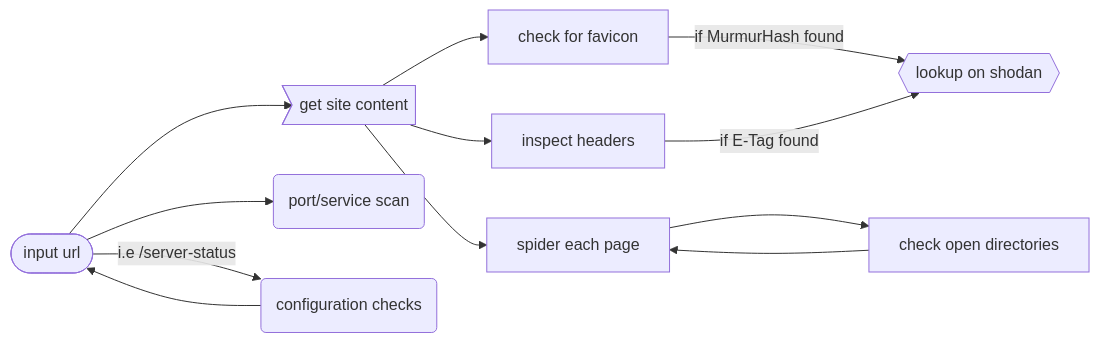
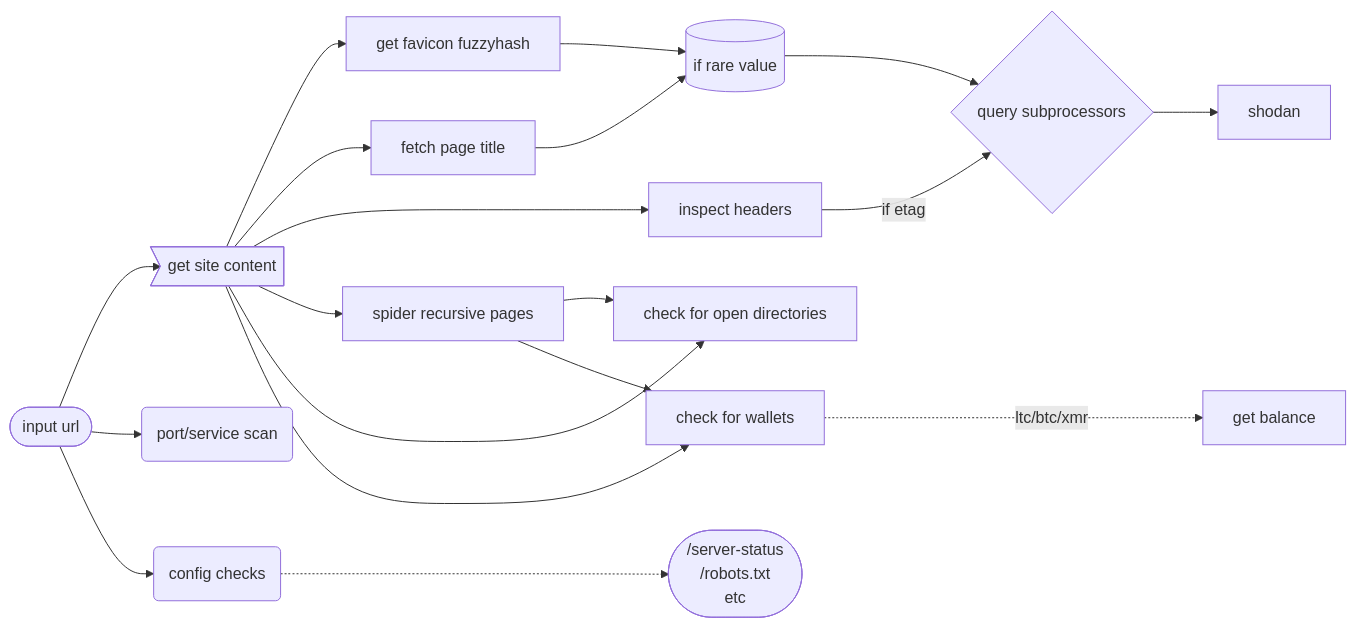
The diagram in README.md (joshhighet/bebop), drawn with Mermaid before and after one commit. The commit also changed other lines of this file, not shown here.

````diff
--- a/README.md
+++ b/README.md
@@ -11,14 +11,26 @@
 ```mermaid
 graph LR
+    lookupsaver[(if rare value)]
+    opndir[check for open directories]
+    cryptoc[check for wallets]
+    getbal[get balance]
+    checks([/server-status\n/robots.txt\netc])
     anchor([input url]) -->mainget>get site content]
     anchor --> scan(port/service scan)
-    anchor --> |i.e /server-status|checker(configuration checks)
-    checker --> anchor
-    mainget --> favicon[check for favicon]
-    favicon --> |if MurmurHash found| lookup{{lookup on shodan}}
+    anchor --> checker(config checks)
+    checker -..-> checks
+    mainget --> favicon[get favicon fuzzyhash]
+    favicon --> lookupsaver
+    mainget --> title[fetch page title]
+    title --> lookupsaver
     mainget --> headers[inspect headers]
-    headers --> |if E-Tag found| lookup
-    mainget --> spider[spider each page]
-    spider --> opndir[check open directories]
-    opndir --> spider
+    headers --> |if etag|lookup
+    lookupsaver --> lookup{query subprocessors}
+    mainget --> spider[spider recursive pages]
+    mainget --> opndir
+    spider --> opndir
+    mainget --> cryptoc
+    spider --> cryptoc
+    cryptoc -..-> |ltc/btc/xmr| getbal
+    lookup --> shodan
 ```
````
